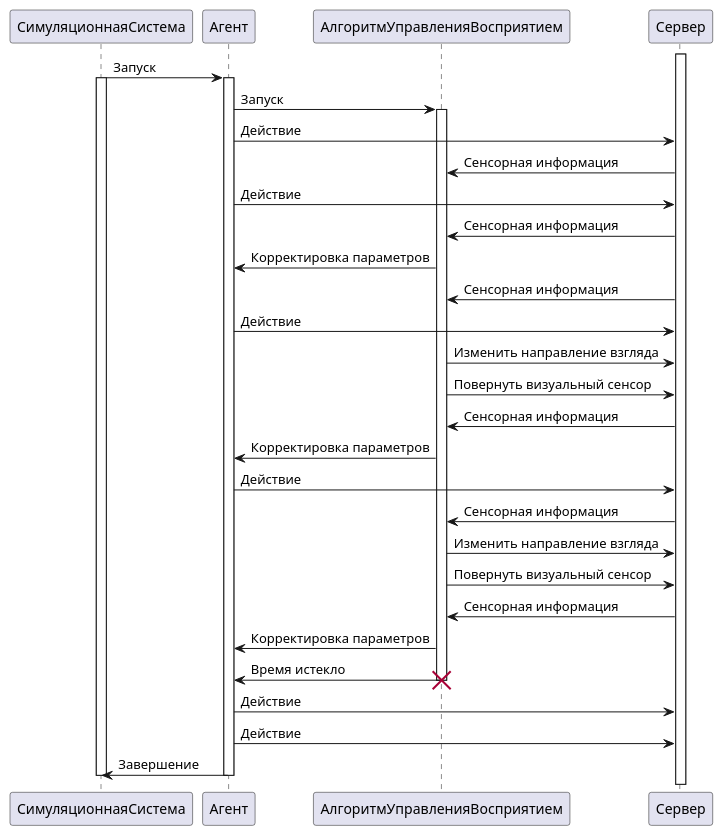
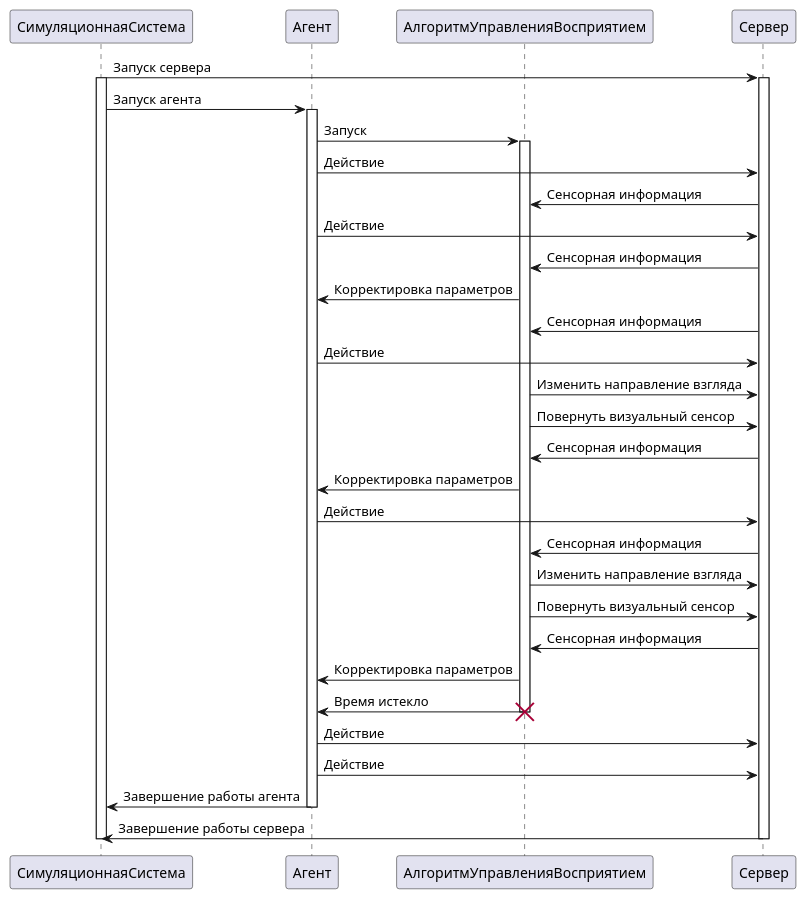
One commit to Komdosh/DiplomaBS changed the diagram in sequence.plantuml. Above: the diagram before and after it, drawn with PlantUML.

```diff
--- a/sequence.plantuml
+++ b/sequence.plantuml
@@ -1,48 +1,51 @@
 @startuml
 participant СимуляционнаяСистема
 participant Агент
 participant АлгоритмУправленияВосприятием
 participant Сервер
 
+СимуляционнаяСистема -> Сервер: Запуск сервера
+activate СимуляционнаяСистема
 activate Сервер
 
-СимуляционнаяСистема -> Агент: Запуск
-activate СимуляционнаяСистема
+СимуляционнаяСистема -> Агент: Запуск агента
+
 
 activate Агент
 
 Агент -> АлгоритмУправленияВосприятием: Запуск
 activate АлгоритмУправленияВосприятием
 
 Агент -> Сервер: Действие
 
 Сервер -> АлгоритмУправленияВосприятием: Сенсорная информация
 
 Агент -> Сервер: Действие
 Сервер -> АлгоритмУправленияВосприятием: Сенсорная информация
 АлгоритмУправленияВосприятием -> Агент: Корректировка параметров
 
 Сервер -> АлгоритмУправленияВосприятием: Сенсорная информация
 
 Агент -> Сервер: Действие
 АлгоритмУправленияВосприятием -> Сервер: Изменить направление взгляда
 
 АлгоритмУправленияВосприятием -> Сервер: Повернуть визуальный сенсор
 Сервер -> АлгоритмУправленияВосприятием: Сенсорная информация
 АлгоритмУправленияВосприятием -> Агент: Корректировка параметров
 Агент -> Сервер: Действие
 Сервер -> АлгоритмУправленияВосприятием: Сенсорная информация
 
 АлгоритмУправленияВосприятием -> Сервер: Изменить направление взгляда
 АлгоритмУправленияВосприятием -> Сервер: Повернуть визуальный сенсор
 Сервер -> АлгоритмУправленияВосприятием: Сенсорная информация
 АлгоритмУправленияВосприятием -> Агент: Корректировка параметров
 АлгоритмУправленияВосприятием -> Агент: Время истекло
 destroy АлгоритмУправленияВосприятием
 Агент -> Сервер: Действие
 Агент -> Сервер: Действие
-Агент -> СимуляционнаяСистема: Завершение
+Агент -> СимуляционнаяСистема: Завершение работы агента
 deactivate Агент
-
+Сервер -> СимуляционнаяСистема: Завершение работы сервера
+deactivate Сервер
 deactivate СимуляционнаяСистема
 @enduml
```
